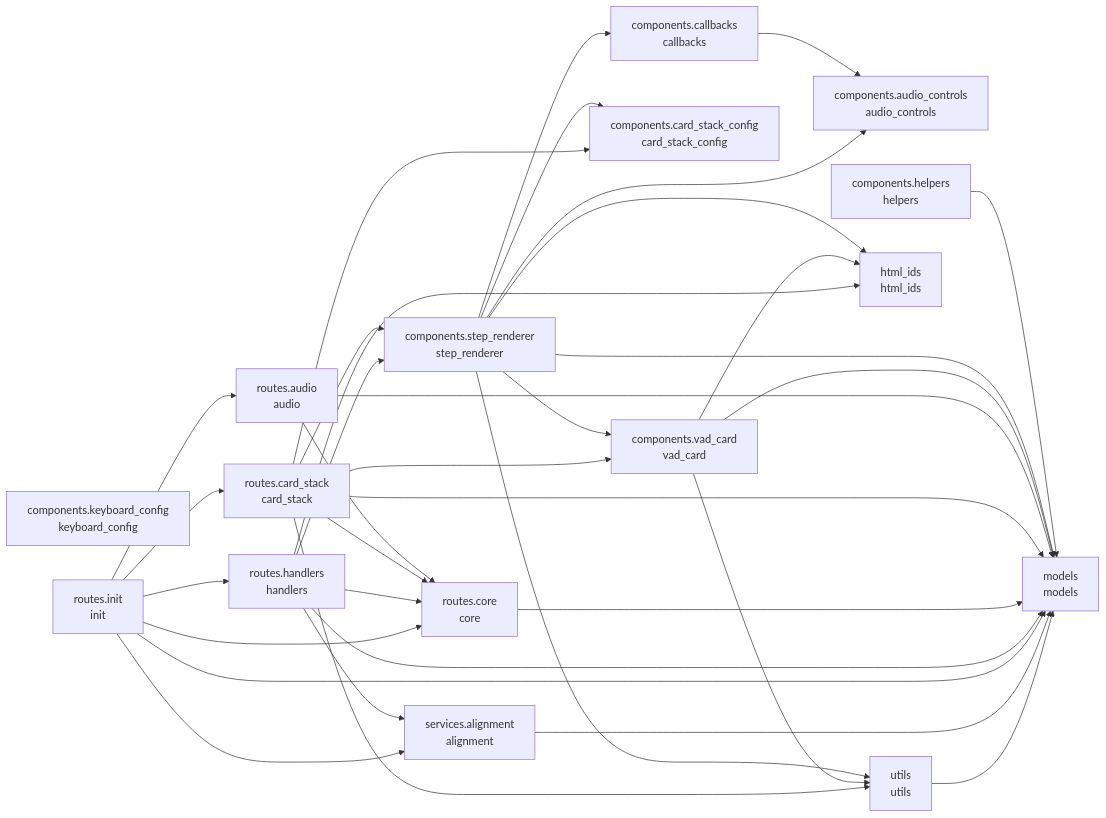
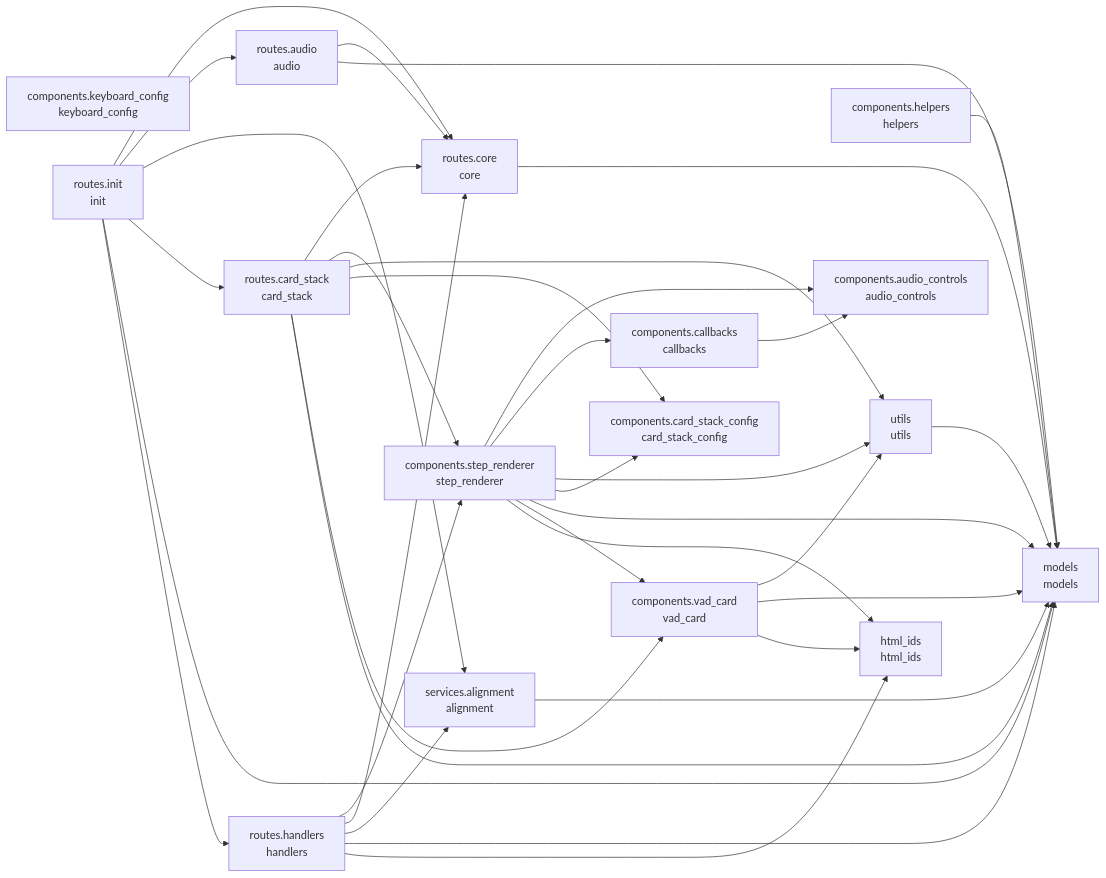
The diagram in README.md (cj-mills/cjm-transcript-vad-align), drawn with Mermaid before and after one commit. The commit also changed other lines of this file and 4 other files, not shown here.

````diff
--- a/README.md
+++ b/README.md
@@ -39,54 +39,54 @@
 ``` mermaid
 graph LR
     components_audio_controls[components.audio_controls<br/>audio_controls]
     components_callbacks[components.callbacks<br/>callbacks]
     components_card_stack_config[components.card_stack_config<br/>card_stack_config]
     components_helpers[components.helpers<br/>helpers]
     components_keyboard_config[components.keyboard_config<br/>keyboard_config]
     components_step_renderer[components.step_renderer<br/>step_renderer]
     components_vad_card[components.vad_card<br/>vad_card]
     html_ids[html_ids<br/>html_ids]
     models[models<br/>models]
     routes_audio[routes.audio<br/>audio]
     routes_card_stack[routes.card_stack<br/>card_stack]
     routes_core[routes.core<br/>core]
     routes_handlers[routes.handlers<br/>handlers]
     routes_init[routes.init<br/>init]
     services_alignment[services.alignment<br/>alignment]
     utils[utils<br/>utils]
 
     components_callbacks --> components_audio_controls
     components_helpers --> models
+    components_step_renderer --> components_audio_controls
     components_step_renderer --> components_callbacks
-    components_step_renderer --> components_vad_card
-    components_step_renderer --> models
     components_step_renderer --> utils
     components_step_renderer --> components_card_stack_config
-    components_step_renderer --> components_audio_controls
+    components_step_renderer --> models
+    components_step_renderer --> components_vad_card
     components_step_renderer --> html_ids
     components_vad_card --> utils
+    components_vad_card --> models
     components_vad_card --> html_ids
-    components_vad_card --> models
+    routes_audio --> routes_core
     routes_audio --> models
-    routes_audio --> routes_core
+    routes_card_stack --> routes_core
+    routes_card_stack --> components_step_renderer
+    routes_card_stack --> utils
+    routes_card_stack --> components_card_stack_config
     routes_card_stack --> components_vad_card
-    routes_card_stack --> routes_core
     routes_card_stack --> models
-    routes_card_stack --> utils
-    routes_card_stack --> components_step_renderer
-    routes_card_stack --> components_card_stack_config
     routes_core --> models
+    routes_handlers --> components_step_renderer
+    routes_handlers --> routes_core
     routes_handlers --> services_alignment
     routes_handlers --> models
-    routes_handlers --> components_step_renderer
-    routes_handlers --> routes_core
     routes_handlers --> html_ids
-    routes_init --> routes_handlers
-    routes_init --> routes_card_stack
+    routes_init --> routes_core
     routes_init --> routes_audio
     routes_init --> services_alignment
+    routes_init --> routes_card_stack
     routes_init --> models
-    routes_init --> routes_core
+    routes_init --> routes_handlers
     services_alignment --> models
     utils --> models
 ```
````
